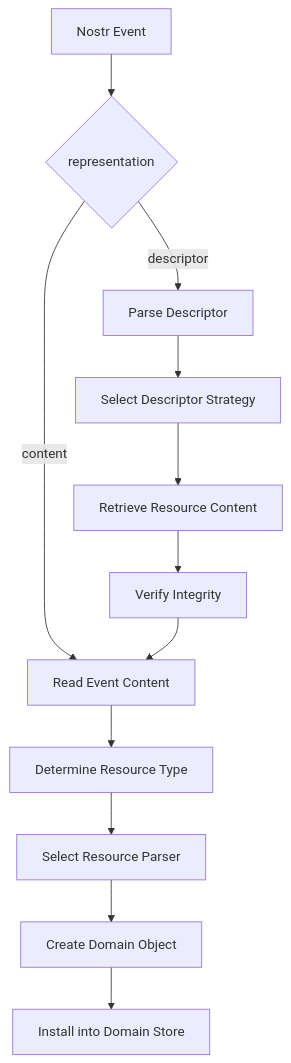
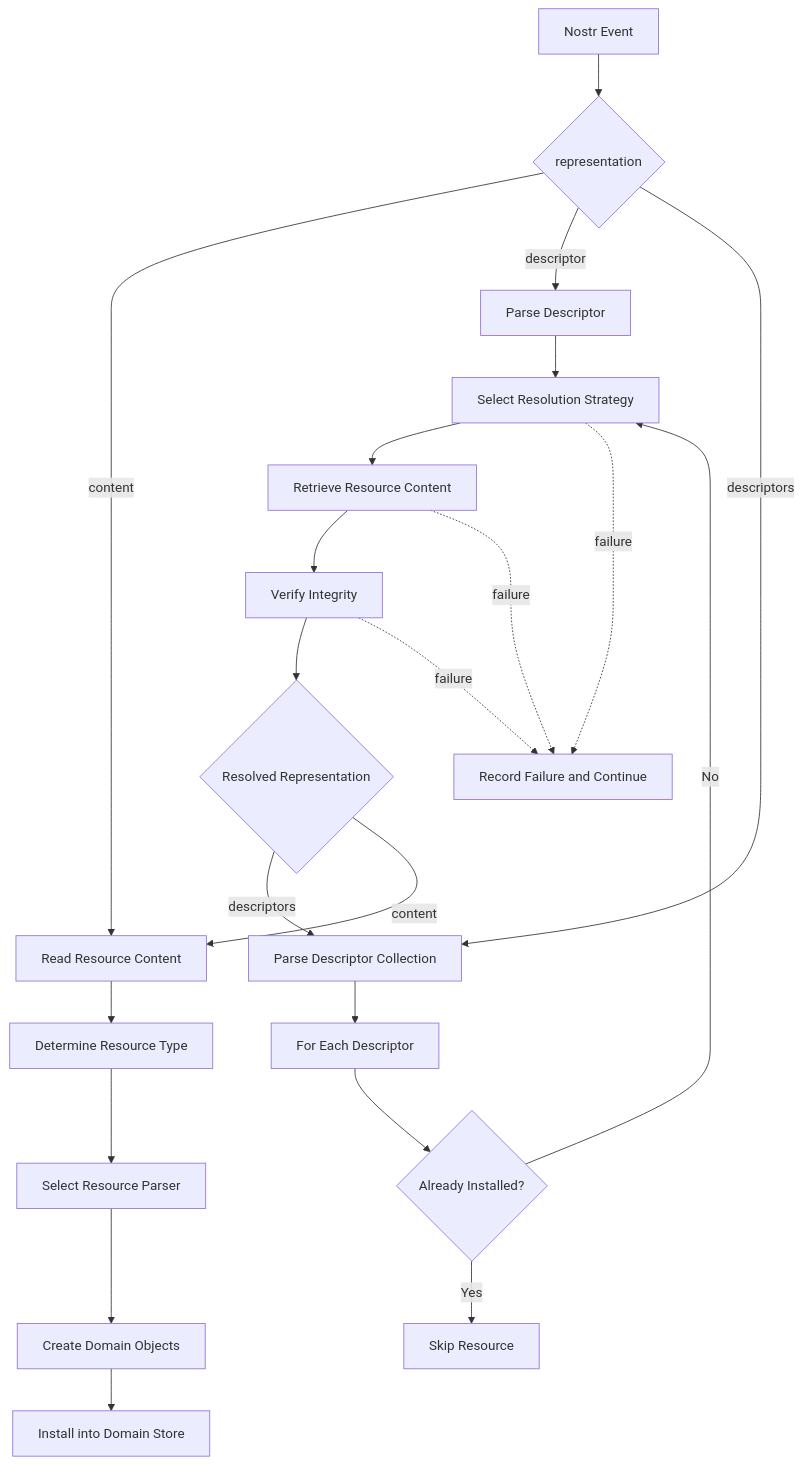
One commit to kjvonly/kjvonly.bible changed the second of 14 diagrams in docs/decisions/0002-domain-resource-model.md. Above: the diagram before and after it, drawn with Mermaid. The commit also changed other lines of this file and 1 other file, not shown here.

Commit message:
remove manifest idea in favor of descriptors

````diff
--- a/docs/decisions/0002-domain-resource-model.md
+++ b/docs/decisions/0002-domain-resource-model.md
@@ -290,27 +333,45 @@
 ```mermaid
 flowchart TD
 
     EVENT["Nostr Event"]
 
     EVENT --> REP{"representation"}
 
-    REP -->|content| CONTENT["Read Event Content"]
+    REP -->|content| CONTENT["Read Resource Content"]
 
     REP -->|descriptor| DESC["Parse Descriptor"]
 
-    DESC --> STRATEGY["Select Descriptor Strategy"]
+    REP -->|descriptors| DESCS["Parse Descriptor Collection"]
+
+    DESC --> STRATEGY["Select Resolution Strategy"]
+
+    DESCS --> EACH["For Each Descriptor"]
+
+    EACH --> INSTALLED{"Already Installed?"}
+
+    INSTALLED -->|Yes| SKIP["Skip Resource"]
+
+    INSTALLED -->|No| STRATEGY
 
     STRATEGY --> FETCH["Retrieve Resource Content"]
 
     FETCH --> VERIFY["Verify Integrity"]
 
-    VERIFY --> CONTENT
+    VERIFY --> NESTED{"Resolved Representation"}
+
+    NESTED -->|descriptors| DESCS
+
+    NESTED -->|content| CONTENT
 
     CONTENT --> TYPE["Determine Resource Type"]
 
     TYPE --> PARSER["Select Resource Parser"]
 
-    PARSER --> DOMAIN["Create Domain Object"]
+    PARSER --> DOMAIN["Create Domain Objects"]
 
     DOMAIN --> STORE["Install into Domain Store"]
+
+    STRATEGY -. failure .-> FAILURE["Record Failure and Continue"]
+    FETCH -. failure .-> FAILURE
+    VERIFY -. failure .-> FAILURE
 ```
````
